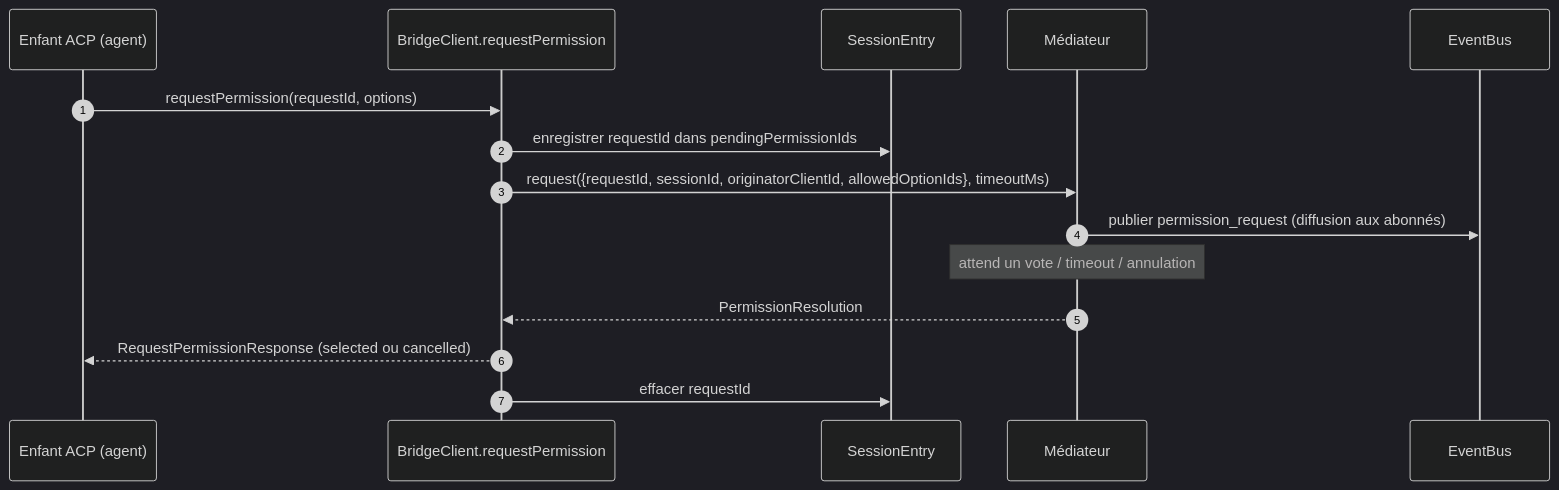
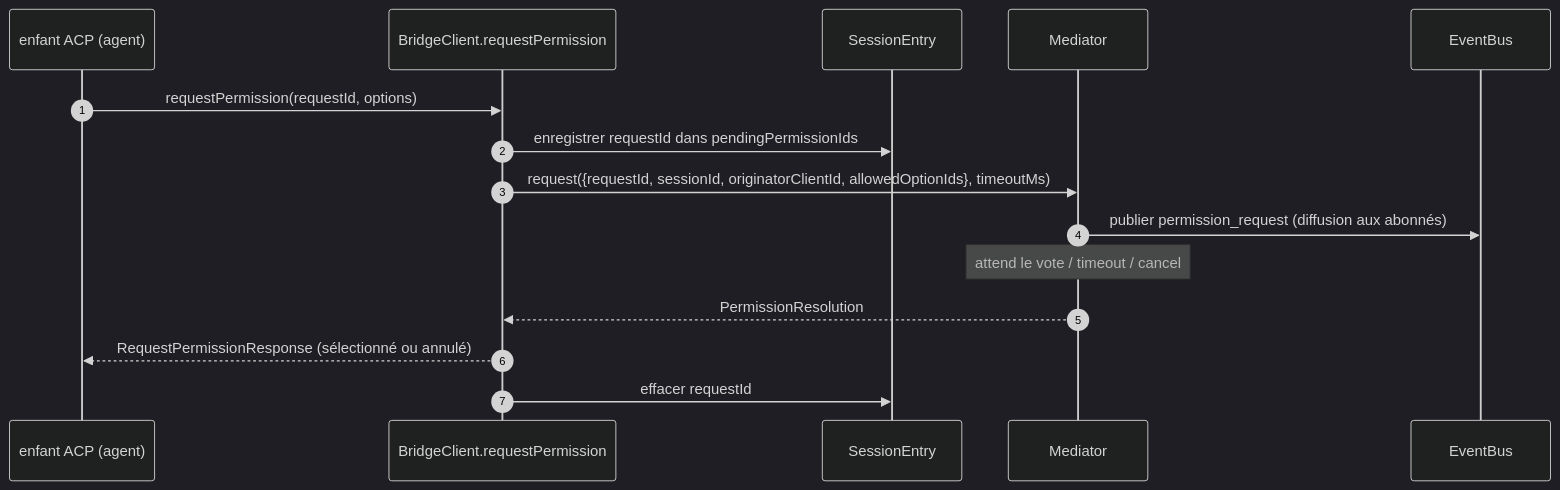
One commit to QwenLM/qwen-code-docs changed the third of 4 diagrams in website/content/fr/developers/daemon/03-acp-bridge.md. Above: the diagram before and after it, drawn with Mermaid (dark theme). The commit also changed other lines of this file and 162 other files, not shown here.

````diff
--- a/website/content/fr/developers/daemon/03-acp-bridge.md
+++ b/website/content/fr/developers/daemon/03-acp-bridge.md
@@ -122,18 +129,18 @@
 ```mermaid
 sequenceDiagram
     autonumber
-    participant ACP as Enfant ACP (agent)
+    participant ACP as enfant ACP (agent)
     participant BC as BridgeClient.requestPermission
     participant E as SessionEntry
-    participant M as Médiateur
+    participant M as Mediator
     participant EB as EventBus
 
     ACP->>BC: requestPermission(requestId, options)
     BC->>E: enregistrer requestId dans pendingPermissionIds
     BC->>M: request({requestId, sessionId, originatorClientId, allowedOptionIds}, timeoutMs)
     M->>EB: publier permission_request (diffusion aux abonnés)
-    Note over M: attend un vote / timeout / annulation
+    Note over M: attend le vote / timeout / cancel
     M-->>BC: PermissionResolution
-    BC-->>ACP: RequestPermissionResponse (selected ou cancelled)
+    BC-->>ACP: RequestPermissionResponse (sélectionné ou annulé)
     BC->>E: effacer requestId
 ```
````
